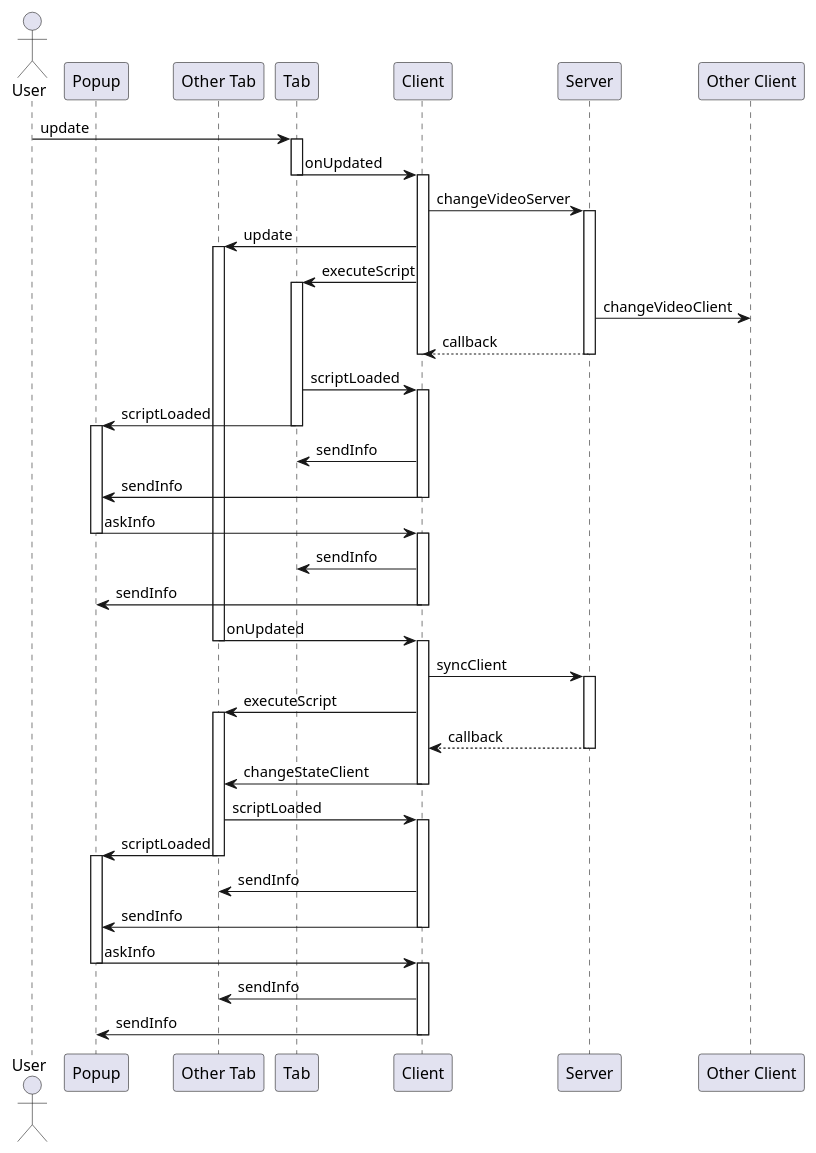
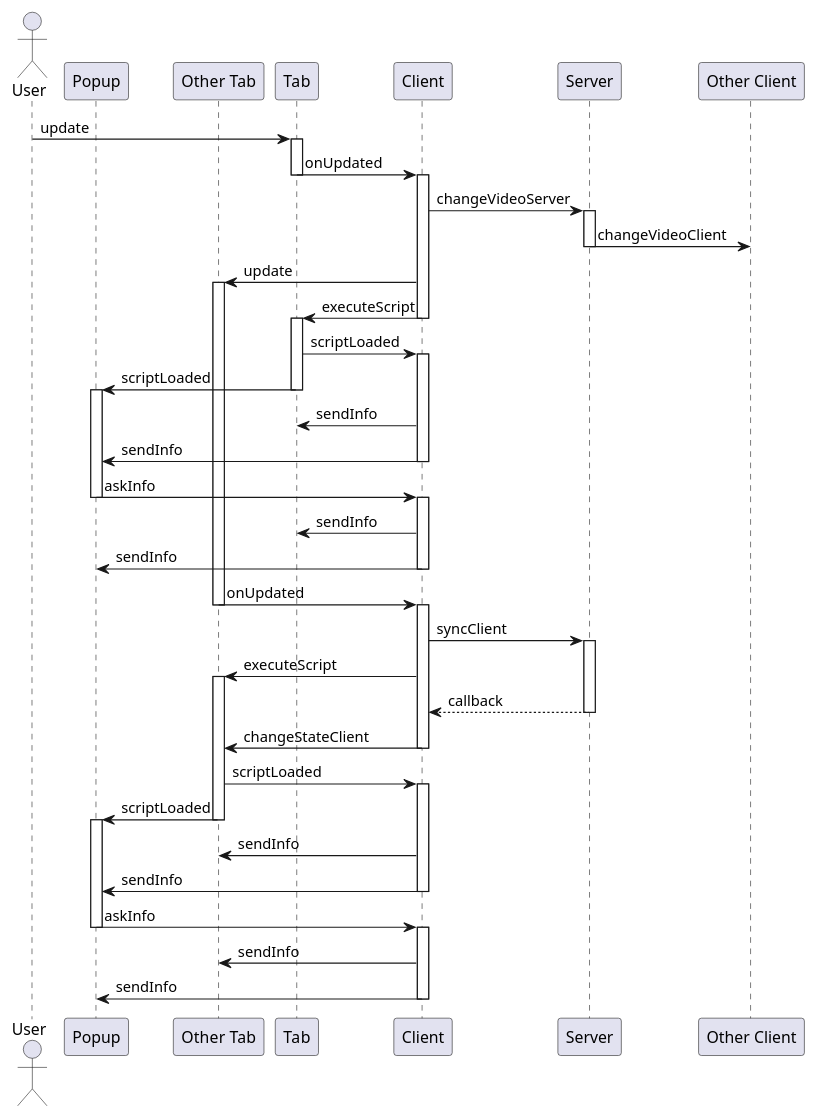
One commit to Dragicafit/Anime-Watch-Parties changed the diagram in wiki/resource/userToOtherClient/updateTab.puml. Above: the diagram before and after it, drawn with PlantUML.

Commit message:
remove callback from changeVideoClient

```diff
--- a/wiki/resource/userToOtherClient/updateTab.puml
+++ b/wiki/resource/userToOtherClient/updateTab.puml
@@ -1,66 +1,65 @@
 @startuml updateTab
 
 actor User
 participant Popup
 participant "Other Tab"
 participant Tab
 participant Client
 participant Server
 participant "Other Client"
 
 User -> Tab: update
 activate Tab
 Tab -> Client: onUpdated
 deactivate Tab
 activate Client
 Client -> Server: changeVideoServer
 activate Server
+Server -> "Other Client": changeVideoClient
+deactivate Server
 "Other Tab" <- Client: update
 activate "Other Tab"
 Client -> Tab: executeScript
+deactivate Client
 activate Tab
-Server -> "Other Client": changeVideoClient
-Client <-- Server : callback
-deactivate Server
-deactivate Client
 Tab -> Client: scriptLoaded
 activate Client
 Tab -> Popup: scriptLoaded
 deactivate Tab
 activate Popup
 Tab <- Client: sendInfo
 Popup <- Client: sendInfo
 deactivate Client
 Popup -> Client: askInfo
 deactivate Popup
 activate Client
 Tab <- Client: sendInfo
 Popup <- Client: sendInfo
 deactivate Client
 "Other Tab" -> Client: onUpdated
 deactivate "Other Tab"
 activate Client
 Client -> Server: syncClient
 activate Server
 Client -> "Other Tab": executeScript
 activate "Other Tab"
 Client <-- Server: callback
 deactivate Server
 "Other Tab" <- Client: changeStateClient
 deactivate Client
 "Other Tab" -> Client: scriptLoaded
 activate Client
 "Other Tab" -> Popup: scriptLoaded
 deactivate "Other Tab"
 activate Popup
 "Other Tab" <- Client: sendInfo
 Popup <- Client: sendInfo
 deactivate Client
 Popup -> Client: askInfo
 deactivate Popup
 activate Client
 "Other Tab" <- Client: sendInfo
 Popup <- Client: sendInfo
 deactivate Client
 
 @enduml
```
